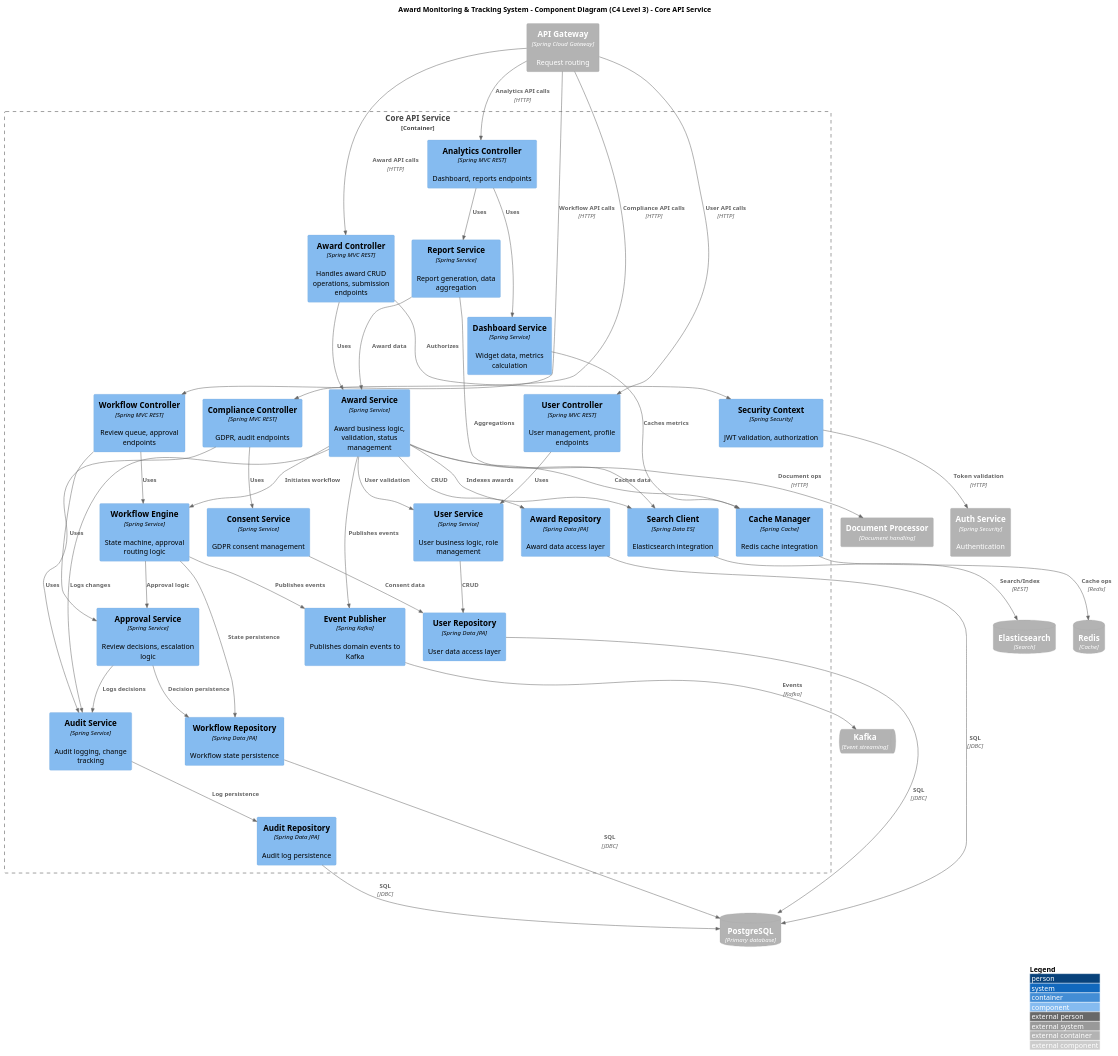
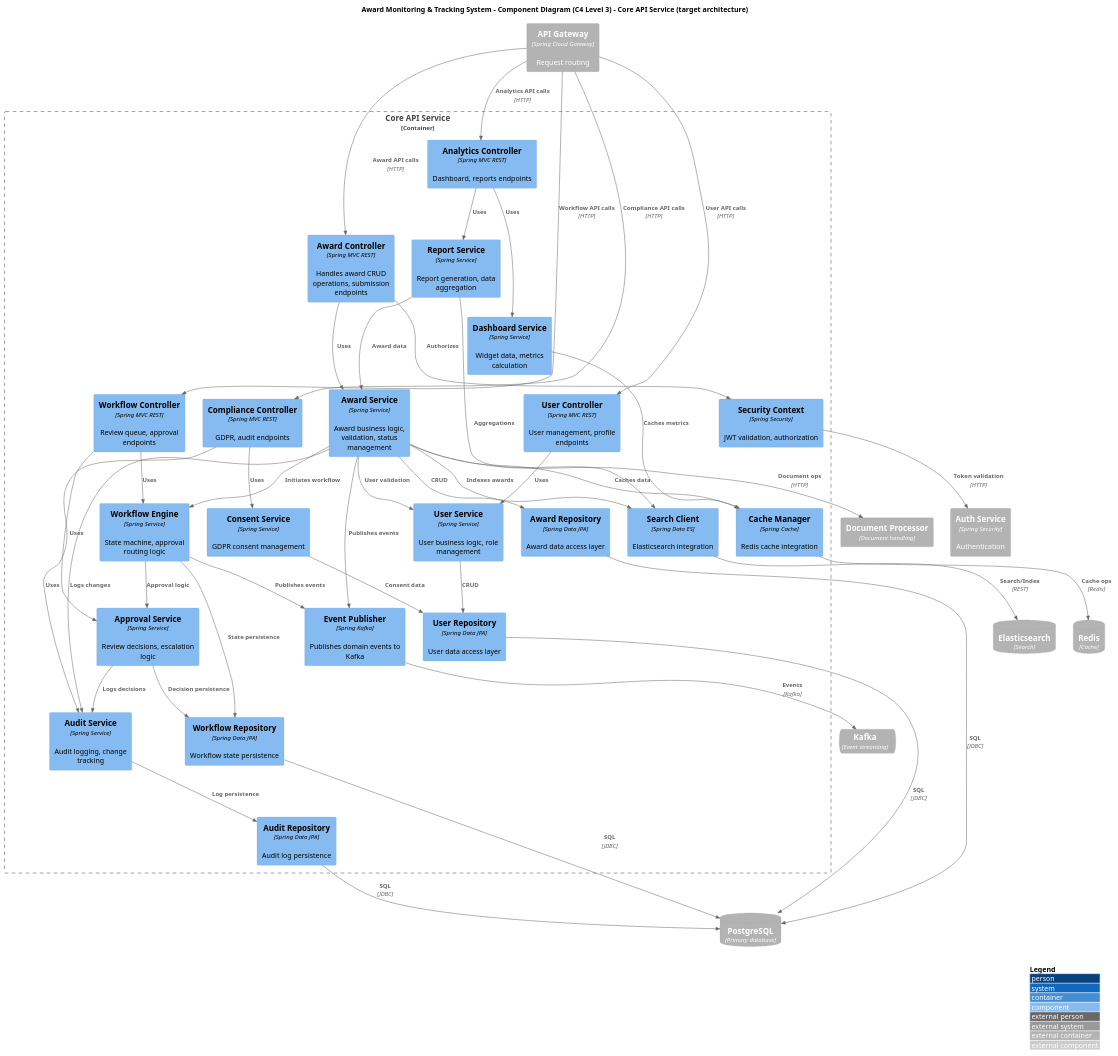
One commit to StKostyk/award-monitoring-system changed the diagram in docs/diagrams/c4-component.puml. Above: the diagram before and after it, drawn with PlantUML. The commit also changed 33 other files, not shown here.

First line of the commit message:
docs: reconcile documentation with the code after Epic 2

```diff
--- a/docs/diagrams/c4-component.puml
+++ b/docs/diagrams/c4-component.puml
@@ -1,107 +1,109 @@
 @startuml C4_Component
 !include https://raw.githubusercontent.com/plantuml-stdlib/C4-PlantUML/master/C4_Component.puml
 
-title Award Monitoring & Tracking System - Component Diagram (C4 Level 3) - Core API Service
+title Award Monitoring & Tracking System - Component Diagram (C4 Level 3) - Core API Service (target architecture)
+
+' Target architecture (2025 design). As built after Epic 2: uml/package-diagram.puml and c4-container-as-built.puml; deferred parts are listed in the ADR addenda of 2026-10.
 
 LAYOUT_WITH_LEGEND()
 
 ' External Containers
 Container_Ext(api_gateway, "API Gateway", "Spring Cloud Gateway", "Request routing")
 Container_Ext(auth_service, "Auth Service", "Spring Security", "Authentication")
 ContainerDb_Ext(postgres, "PostgreSQL", "Primary database")
 ContainerDb_Ext(redis, "Redis", "Cache")
 ContainerDb_Ext(elasticsearch, "Elasticsearch", "Search")
 ContainerQueue_Ext(kafka, "Kafka", "Event streaming")
 Container_Ext(doc_processor, "Document Processor", "Document handling")
 
 ' Core API Service Boundary
 Container_Boundary(core_api, "Core API Service") {
     
     ' Award Module
     Component(award_controller, "Award Controller", "Spring MVC REST", "Handles award CRUD operations, submission endpoints")
     Component(award_service, "Award Service", "Spring Service", "Award business logic, validation, status management")
     Component(award_repository, "Award Repository", "Spring Data JPA", "Award data access layer")
     
     ' User Module
     Component(user_controller, "User Controller", "Spring MVC REST", "User management, profile endpoints")
     Component(user_service, "User Service", "Spring Service", "User business logic, role management")
     Component(user_repository, "User Repository", "Spring Data JPA", "User data access layer")
     
     ' Workflow Module
     Component(workflow_controller, "Workflow Controller", "Spring MVC REST", "Review queue, approval endpoints")
     Component(workflow_engine, "Workflow Engine", "Spring Service", "State machine, approval routing logic")
     Component(approval_service, "Approval Service", "Spring Service", "Review decisions, escalation logic")
     Component(workflow_repository, "Workflow Repository", "Spring Data JPA", "Workflow state persistence")
     
     ' Analytics Module
     Component(analytics_controller, "Analytics Controller", "Spring MVC REST", "Dashboard, reports endpoints")
     Component(report_service, "Report Service", "Spring Service", "Report generation, data aggregation")
     Component(dashboard_service, "Dashboard Service", "Spring Service", "Widget data, metrics calculation")
     
     ' Compliance Module
     Component(compliance_controller, "Compliance Controller", "Spring MVC REST", "GDPR, audit endpoints")
     Component(audit_service, "Audit Service", "Spring Service", "Audit logging, change tracking")
     Component(consent_service, "Consent Service", "Spring Service", "GDPR consent management")
     Component(audit_repository, "Audit Repository", "Spring Data JPA", "Audit log persistence")
     
     ' Shared Components
     Component(event_publisher, "Event Publisher", "Spring Kafka", "Publishes domain events to Kafka")
     Component(cache_manager, "Cache Manager", "Spring Cache", "Redis cache integration")
     Component(search_client, "Search Client", "Spring Data ES", "Elasticsearch integration")
     Component(security_context, "Security Context", "Spring Security", "JWT validation, authorization")
 }
 
 ' External Relationships
 Rel(api_gateway, award_controller, "Award API calls", "HTTP")
 Rel(api_gateway, user_controller, "User API calls", "HTTP")
 Rel(api_gateway, workflow_controller, "Workflow API calls", "HTTP")
 Rel(api_gateway, analytics_controller, "Analytics API calls", "HTTP")
 Rel(api_gateway, compliance_controller, "Compliance API calls", "HTTP")
 
 ' Controller to Service
 Rel(award_controller, award_service, "Uses")
 Rel(award_controller, security_context, "Authorizes")
 Rel(user_controller, user_service, "Uses")
 Rel(workflow_controller, workflow_engine, "Uses")
 Rel(workflow_controller, approval_service, "Uses")
 Rel(analytics_controller, report_service, "Uses")
 Rel(analytics_controller, dashboard_service, "Uses")
 Rel(compliance_controller, audit_service, "Uses")
 Rel(compliance_controller, consent_service, "Uses")
 
 ' Service to Service
 Rel(award_service, user_service, "User validation")
 Rel(award_service, workflow_engine, "Initiates workflow")
 Rel(award_service, audit_service, "Logs changes")
 Rel(workflow_engine, approval_service, "Approval logic")
 Rel(approval_service, audit_service, "Logs decisions")
 Rel(report_service, award_service, "Award data")
 
 ' Service to Repository
 Rel(award_service, award_repository, "CRUD")
 Rel(user_service, user_repository, "CRUD")
 Rel(workflow_engine, workflow_repository, "State persistence")
 Rel(approval_service, workflow_repository, "Decision persistence")
 Rel(audit_service, audit_repository, "Log persistence")
 Rel(consent_service, user_repository, "Consent data")
 
 ' Service to Shared Components
 Rel(award_service, event_publisher, "Publishes events")
 Rel(workflow_engine, event_publisher, "Publishes events")
 Rel(award_service, cache_manager, "Caches data")
 Rel(dashboard_service, cache_manager, "Caches metrics")
 Rel(award_service, search_client, "Indexes awards")
 Rel(report_service, search_client, "Aggregations")
 
 ' Shared to External
 Rel(award_repository, postgres, "SQL", "JDBC")
 Rel(user_repository, postgres, "SQL", "JDBC")
 Rel(workflow_repository, postgres, "SQL", "JDBC")
 Rel(audit_repository, postgres, "SQL", "JDBC")
 Rel(cache_manager, redis, "Cache ops", "Redis")
 Rel(search_client, elasticsearch, "Search/Index", "REST")
 Rel(event_publisher, kafka, "Events", "Kafka")
 Rel(security_context, auth_service, "Token validation", "HTTP")
 Rel(award_service, doc_processor, "Document ops", "HTTP")
 
 @enduml
```
